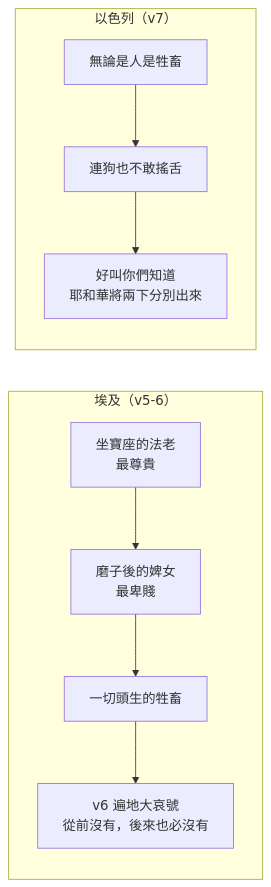
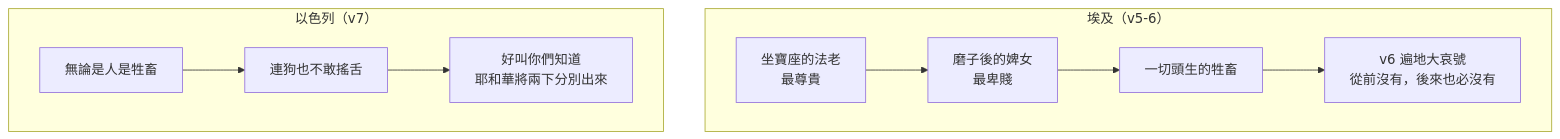
One commit to andyjr5566/Bible_wiki_zh changed the second of 2 diagrams in 02 出埃及記/第11章.md. Above: the diagram before and after it, drawn with Mermaid. The commit also changed 72 other files, not shown here.

````diff
--- a/02 出埃及記/第11章.md
+++ b/02 出埃及記/第11章.md
@@ -125,12 +125,12 @@
 ```mermaid
-graph LR
+graph TD
     subgraph EG["埃及（v5-6）"]
         A1["坐寶座的法老<br/>最尊貴"] --> A2["磨子後的婢女<br/>最卑賤"]
         A2 --> A3["一切頭生的牲畜"]
         A3 --> A4["v6 遍地大哀號<br/>從前沒有，後來也必沒有"]
     end
     subgraph IL["以色列（v7）"]
         B1["無論是人是牲畜"] --> B2["連狗也不敢搖舌"]
         B2 --> B3["好叫你們知道<br/>耶和華將兩下分別出來"]
     end
 ```
````
